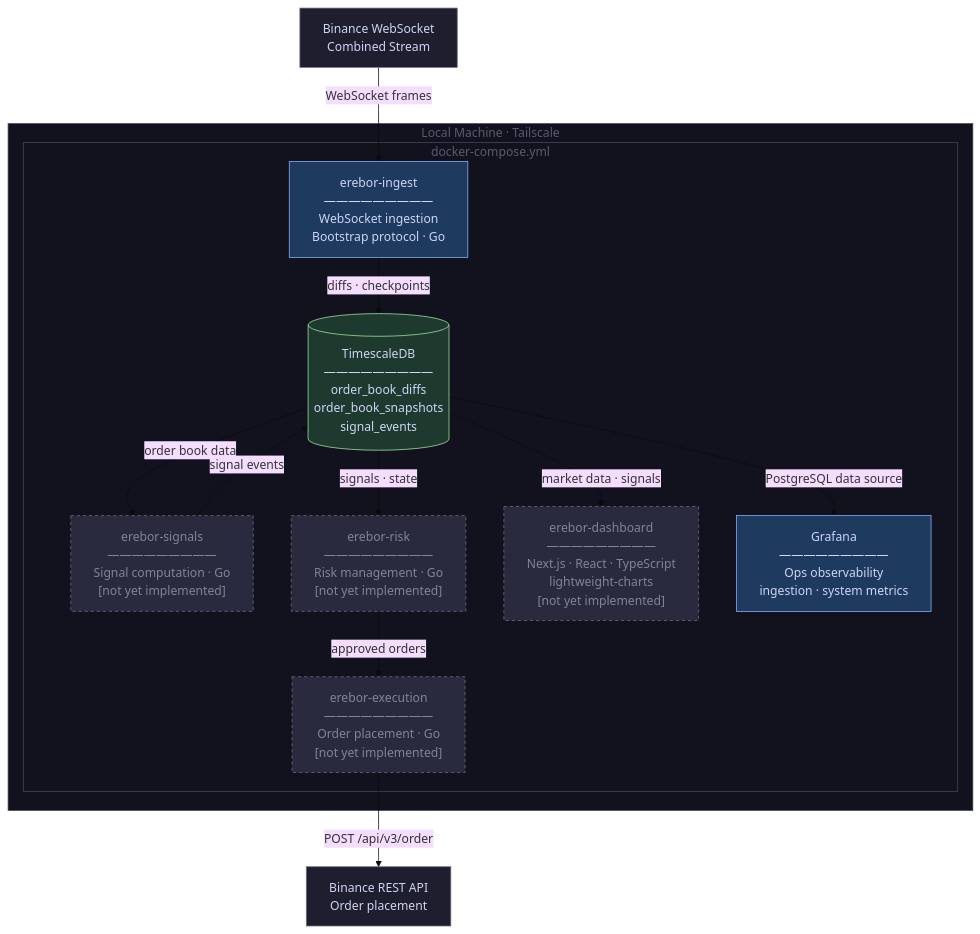
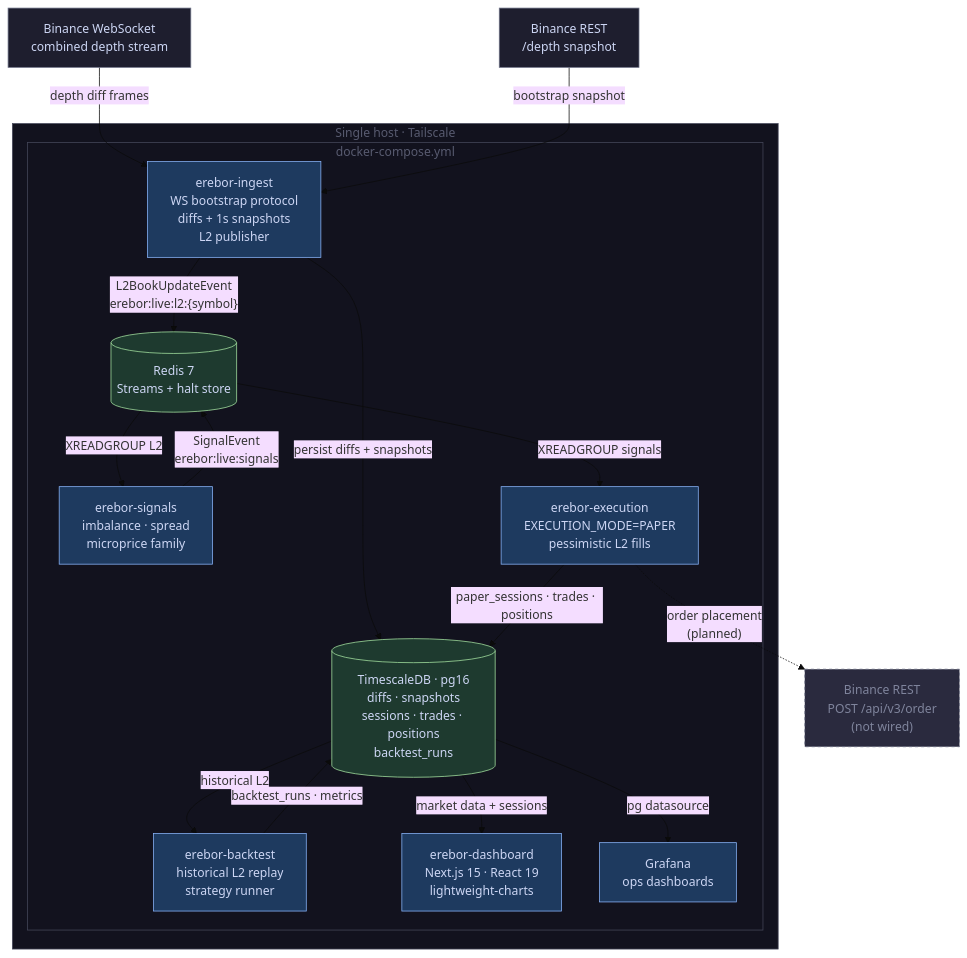
One commit to edwinabot/erebor changed the first of 4 diagrams in README.md. Above: the diagram before and after it, drawn with Mermaid (base theme). The commit also changed other lines of this file, not shown here.

First line of the commit message:
docs(readme): refresh to reflect current modules and add production roadmap

````diff
--- a/README.md
+++ b/README.md
@@ -44,39 +62,49 @@
 ```mermaid
-flowchart TD
-    WS["Binance WebSocket\nCombined Stream"]
-    REST["Binance REST API\nOrder placement"]
+flowchart TB
+    WS["Binance WebSocket<br/>combined depth stream"]
+    REST_DEPTH["Binance REST<br/>/depth snapshot"]
+    REST_ORDER["Binance REST<br/>POST /api/v3/order<br/>(not wired)"]
 
-    subgraph LocalMachine["Local Machine · Tailscale"]
+    subgraph Host["Single host · Tailscale"]
         subgraph Compose["docker-compose.yml"]
-            INGEST["erebor-ingest\n―――――――――\nWebSocket ingestion\nBootstrap protocol · Go"]
-            SIGNALS["erebor-signals\n―――――――――\nSignal computation · Go\n[not yet implemented]"]
-            RISK["erebor-risk\n―――――――――\nRisk management · Go\n[not yet implemented]"]
-            EXEC["erebor-execution\n―――――――――\nOrder placement · Go\n[not yet implemented]"]
-            DASH["erebor-dashboard\n―――――――――\nNext.js · React · TypeScript\nlightweight-charts\n[not yet implemented]"]
-            GRAFANA["Grafana\n―――――――――\nOps observability\ningestion · system metrics"]
-            DB[("TimescaleDB\n―――――――――\norder_book_diffs\norder_book_snapshots\nsignal_events")]
+            INGEST["erebor-ingest<br/>WS bootstrap protocol<br/>diffs + 1s snapshots<br/>L2 publisher"]
+            SIGNALS["erebor-signals<br/>imbalance · spread<br/>microprice family"]
+            EXEC["erebor-execution<br/>EXECUTION_MODE=PAPER<br/>pessimistic L2 fills"]
+            BACKTEST["erebor-backtest<br/>historical L2 replay<br/>strategy runner"]
+            DASH["erebor-dashboard<br/>Next.js 15 · React 19<br/>lightweight-charts"]
+            GRAFANA["Grafana<br/>ops dashboards"]
+            REDIS[("Redis 7<br/>Streams + halt store")]
+            DB[("TimescaleDB · pg16<br/>diffs · snapshots<br/>sessions · trades · positions<br/>backtest_runs")]
         end
     end
 
-    WS -->|"WebSocket frames"| INGEST
-    INGEST -->|"diffs · checkpoints"| DB
-    DB -->|"order book data"| SIGNALS
-    SIGNALS -->|"signal events"| DB
-    DB -->|"signals · state"| RISK
-    RISK -->|"approved orders"| EXEC
-    EXEC -->|"POST /api/v3/order"| REST
-    DB -->|"market data · signals"| DASH
-    DB -->|"PostgreSQL data source"| GRAFANA
+    WS -->|"depth diff frames"| INGEST
+    REST_DEPTH -->|"bootstrap snapshot"| INGEST
+    INGEST -->|"persist diffs + snapshots"| DB
+    INGEST -->|"L2BookUpdateEvent<br/>erebor:live:l2:{symbol}"| REDIS
+
+    REDIS -->|"XREADGROUP L2"| SIGNALS
+    SIGNALS -->|"SignalEvent<br/>erebor:live:signals"| REDIS
+
+    REDIS -->|"XREADGROUP signals"| EXEC
+    EXEC -->|"paper_sessions · trades · positions"| DB
+    EXEC -.->|"order placement<br/>(planned)"| REST_ORDER
+
+    DB -->|"historical L2"| BACKTEST
+    BACKTEST -->|"backtest_runs · metrics"| DB
+
+    DB -->|"market data + sessions"| DASH
+    DB -->|"pg datasource"| GRAFANA
 
     classDef external fill:#1e1e2e,stroke:#6c7086,color:#cdd6f4
     classDef component fill:#1e3a5f,stroke:#89b4fa,color:#cdd6f4
     classDef pending fill:#2a2a3e,stroke:#6c7086,color:#7f849c,stroke-dasharray:4 4
     classDef store fill:#1e3a2f,stroke:#a6e3a1,color:#cdd6f4
     classDef boundary fill:#12121e,stroke:#45475a,color:#585b70
 
-    class WS,REST external
-    class INGEST,GRAFANA component
-    class SIGNALS,RISK,EXEC,DASH pending
-    class DB store
-    class LocalMachine,Compose boundary
+    class WS,REST_DEPTH external
+    class REST_ORDER pending
+    class INGEST,SIGNALS,EXEC,BACKTEST,DASH,GRAFANA component
+    class DB,REDIS store
+    class Host,Compose boundary
 ```
````
